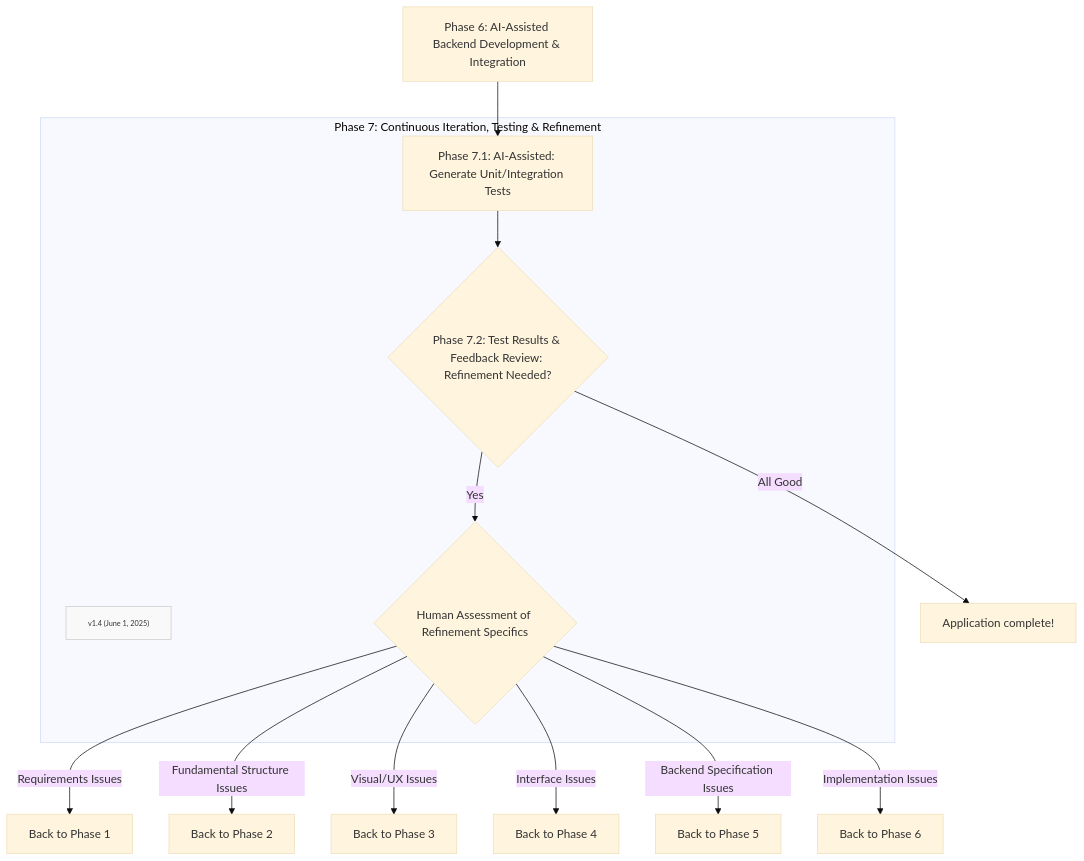
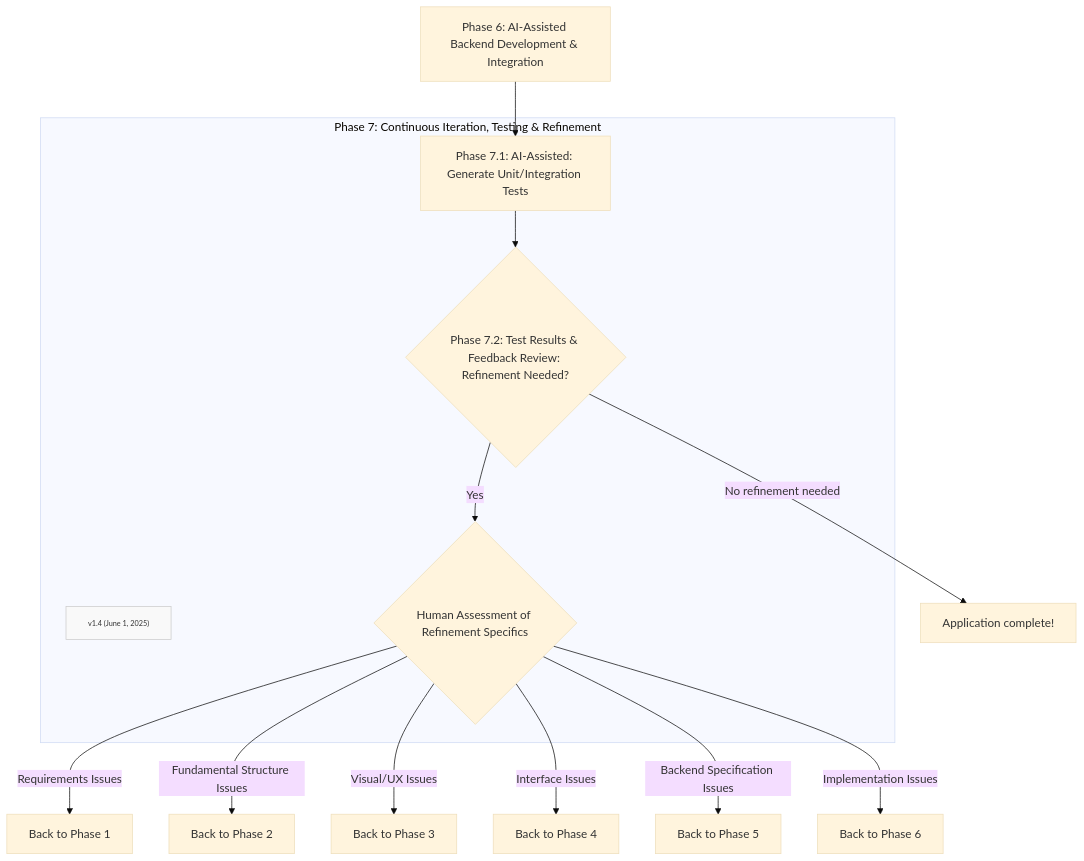
One commit to Mharbulous/Front-First-Method changed the diagram in Method/FF-phase7.md. Above: the diagram before and after it, drawn with Mermaid (base theme).

Commit message:
Further refinement

````diff
--- a/Method/FF-phase7.md
+++ b/Method/FF-phase7.md
@@ -1,22 +1,22 @@
 ```mermaid
 graph TD
     Phase6["Phase 6: AI-Assisted Backend Development & Integration"] --> Phase7_1
 
     subgraph Phase7 ["Phase 7: Continuous Iteration, Testing & Refinement"]
         Version["v1.4 (June 1, 2025)"]
         classDef version fill:#f9f9f9,stroke:#ccc,font-size:10px
         class Version version
         Phase7_1["Phase 7.1: AI-Assisted: Generate Unit/Integration Tests"] --> Phase7_2{"Phase 7.2: Test Results & Feedback Review: Refinement Needed?"} 
         Phase7_2 --> |Yes|RefineDecision{"Human Assessment of Refinement Specifics"}
         
     end
 
-Phase7_2 -->  |All Good|AllGood["Application complete!"]       
+Phase7_2 -->  |No refinement needed|AllGood["Application complete!"]       
 RefineDecision -->|Requirements Issues| Back2Phase1["Back to Phase 1"]
 RefineDecision -->|Fundamental Structure Issues| Back2Phase2["Back to Phase 2"]
 RefineDecision -->|Visual/UX Issues| Back2Phase3["Back to Phase 3"]
 RefineDecision -->|Interface Issues| Back2Phase4["Back to Phase 4"]
 RefineDecision -->|Backend Specification Issues| Back2Phase5["Back to Phase 5"]
 RefineDecision -->|Implementation Issues| Back2Phase6["Back to Phase 6"]
 
 ```
````
